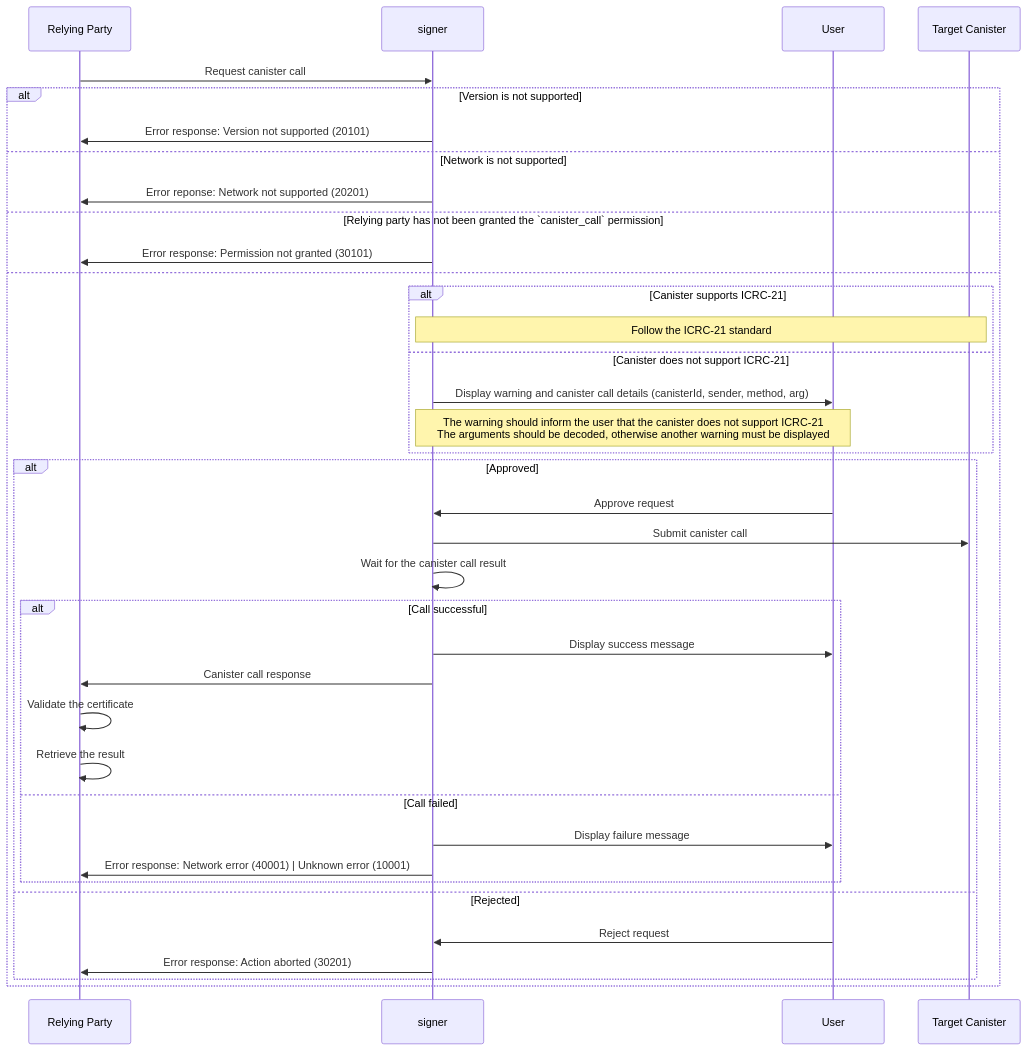
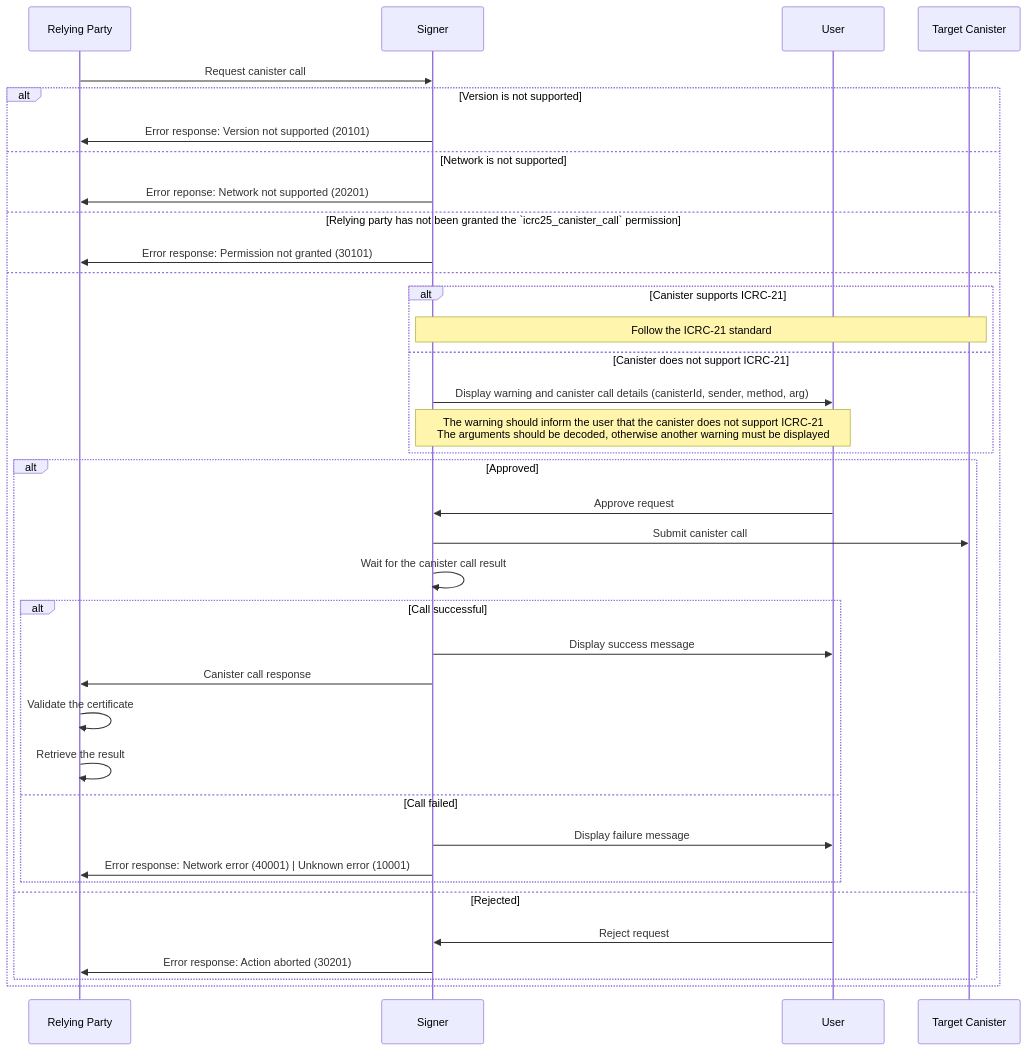
The second of 3 diagrams in topics/icrc_25_signer_interaction_standard.md (dfinity/wg-identity-authentication), drawn with Mermaid before and after one commit. The commit also changed other lines of this file, not shown here.

First line of the commit message:
ICRC-25: Prefix RPC methods with icrc25_

````diff
--- a/topics/icrc_25_signer_interaction_standard.md
+++ b/topics/icrc_25_signer_interaction_standard.md
@@ -250,40 +250,40 @@
 ```mermaid
 sequenceDiagram
     participant RP as Relying Party
-    participant S as signer
+    participant S as Signer
     participant U as User
     participant C as Target Canister
 
     RP ->> S: Request canister call
     alt Version is not supported
         S ->> RP: Error response: Version not supported (20101)
     else Network is not supported
         S ->> RP: Error reponse: Network not supported (20201)
-    else Relying party has not been granted the `canister_call` permission
+    else Relying party has not been granted the `icrc25_canister_call` permission
         S ->> RP: Error response: Permission not granted (30101)
     else
         alt Canister supports ICRC-21
             Note over S,C: Follow the ICRC-21 standard
         else Canister does not support ICRC-21
             S ->> U: Display warning and canister call details (canisterId, sender, method, arg)
             Note over S,U: The warning should inform the user that the canister does not support ICRC-21<br/>The arguments should be decoded, otherwise another warning must be displayed
         end
         alt Approved
             U ->> S: Approve request
             S ->> C: Submit canister call
             S ->> S: Wait for the canister call result
             alt Call successful
                 S ->> U: Display success message
                 S ->> RP: Canister call response
                 RP ->> RP: Validate the certificate
                 RP ->> RP: Retrieve the result
             else Call failed
                 S ->> U: Display failure message
                 S ->> RP: Error response: Network error (40001) | Unknown error (10001)
             end
         else Rejected
             U ->> S: Reject request
             S ->> RP: Error response: Action aborted (30201)
         end
     end
 ```
````
